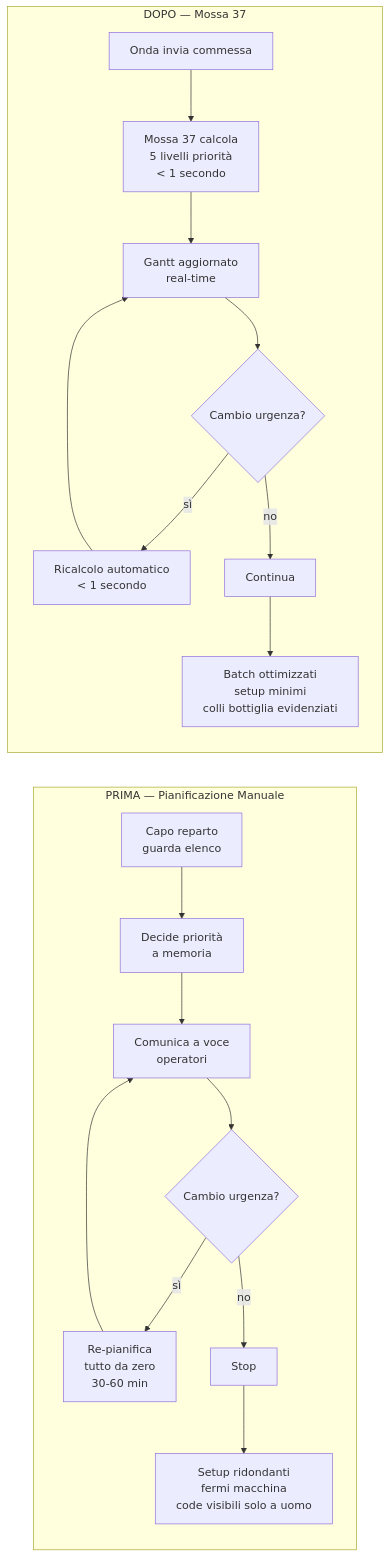
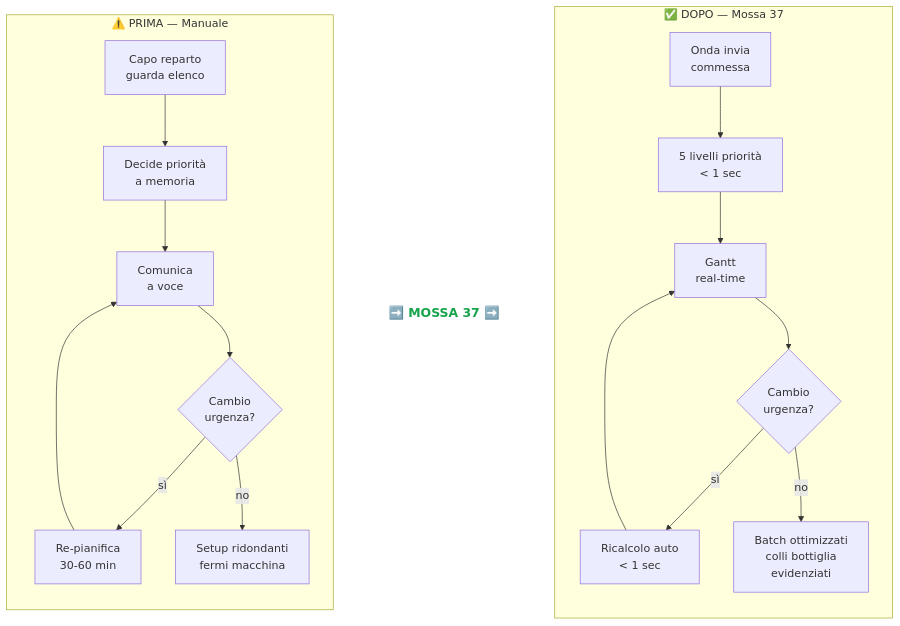
Before and after one commit to it245/graficanappa-gestionale: the fourth of 4 diagrams in docs/demo_mossa37_flowcharts.md, drawn with Mermaid. The commit also changed other lines of this file and 9 other files, not shown here.

First line of the commit message:
Demo: flowchart LR + confronto side-by-side + zoom click su immagine

````diff
--- a/docs/demo_mossa37_flowcharts.md
+++ b/docs/demo_mossa37_flowcharts.md
@@ -114,22 +110,27 @@
 ```mermaid
 flowchart LR
-    subgraph OLD["PRIMA — Pianificazione Manuale"]
+    subgraph OLD["⚠️ PRIMA — Manuale"]
+        direction TB
         O1[Capo reparto<br/>guarda elenco] --> O2[Decide priorità<br/>a memoria]
-        O2 --> O3[Comunica a voce<br/>operatori]
-        O3 --> O4{Cambio urgenza?}
-        O4 -->|sì| O5[Re-pianifica<br/>tutto da zero<br/>30-60 min]
+        O2 --> O3[Comunica<br/>a voce]
+        O3 --> O4{Cambio<br/>urgenza?}
+        O4 -->|sì| O5[Re-pianifica<br/>30-60 min]
         O5 --> O3
-        O4 -->|no| O6[Stop]
-        O6 --> O7[Setup ridondanti<br/>fermi macchina<br/>code visibili solo a uomo]
+        O4 -->|no| O7[Setup ridondanti<br/>fermi macchina]
     end
 
-    subgraph NEW["DOPO — Mossa 37"]
-        N1[Onda invia commessa] --> N2[Mossa 37 calcola<br/>5 livelli priorità<br/>< 1 secondo]
-        N2 --> N3[Gantt aggiornato<br/>real-time]
-        N3 --> N4{Cambio urgenza?}
-        N4 -->|sì| N5[Ricalcolo automatico<br/>< 1 secondo]
+    OLD ~~~ ARROW[➡️ MOSSA 37 ➡️]
+    ARROW ~~~ NEW
+
+    subgraph NEW["✅ DOPO — Mossa 37"]
+        direction TB
+        N1[Onda invia<br/>commessa] --> N2[5 livelli priorità<br/>< 1 sec]
+        N2 --> N3[Gantt<br/>real-time]
+        N3 --> N4{Cambio<br/>urgenza?}
+        N4 -->|sì| N5[Ricalcolo auto<br/>< 1 sec]
         N5 --> N3
-        N4 -->|no| N6[Continua]
-        N6 --> N7[Batch ottimizzati<br/>setup minimi<br/>colli bottiglia evidenziati]
+        N4 -->|no| N7[Batch ottimizzati<br/>colli bottiglia<br/>evidenziati]
     end
+
+    style ARROW fill:#fff,stroke:#fff,color:#16a34a,font-weight:bold,font-size:18px,stroke-width:2px
 ```
````
